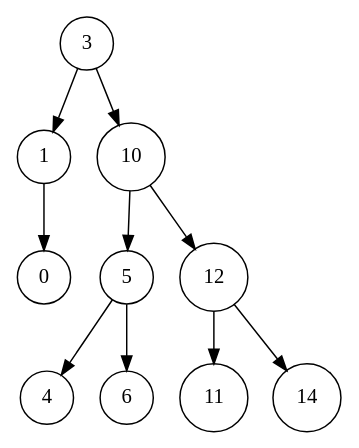
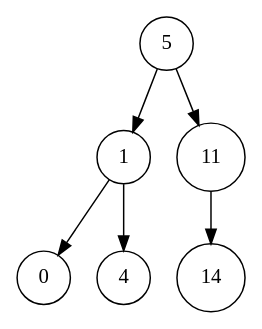
One commit to Brandon22023/-EDD-Proyecto1_202300813 changed the diagram in Proyecto1/cmake-build-debug/arbolAVL.dot. Above: the diagram before and after it, drawn with Graphviz. The commit also changed 11 other files, not shown here.

```diff
--- a/Proyecto1/cmake-build-debug/arbolAVL.dot
+++ b/Proyecto1/cmake-build-debug/arbolAVL.dot
@@ -1,23 +1,15 @@
 digraph G {
 	node [shape = circle];
-	n0[label="3"];
+	n0[label="5"];
 	n0 -> n1;
 	n1[label="1"];
 	n1 -> n2;
 	n2[label="0"];
-	n0 -> n3;
-	n3[label="10"];
-	n3 -> n4;
-	n4[label="5"];
+	n1 -> n3;
+	n3[label="4"];
+	n0 -> n4;
+	n4[label="11"];
 	n4 -> n5;
-	n5[label="4"];
-	n4 -> n6;
-	n6[label="6"];
-	n3 -> n7;
-	n7[label="12"];
-	n7 -> n8;
-	n8[label="11"];
-	n7 -> n9;
-	n9[label="14"];
+	n5[label="14"];
 	
 }
```
